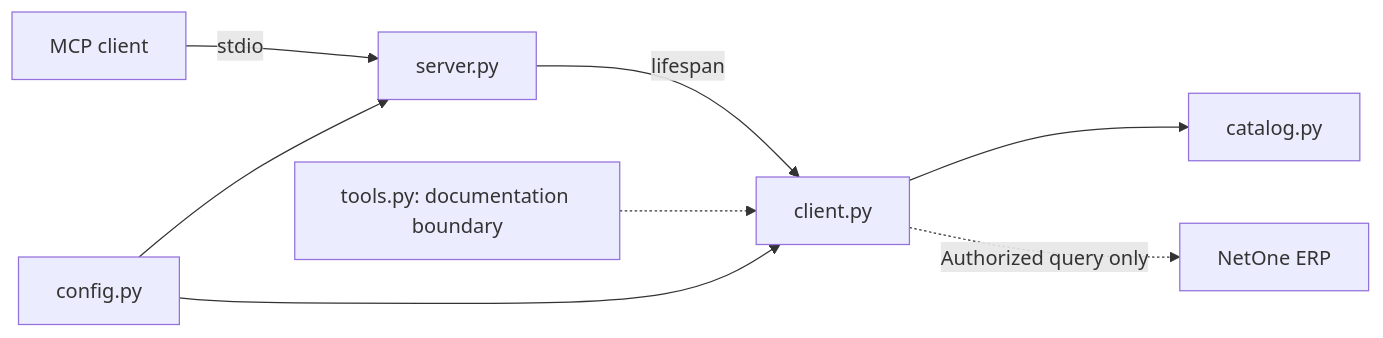
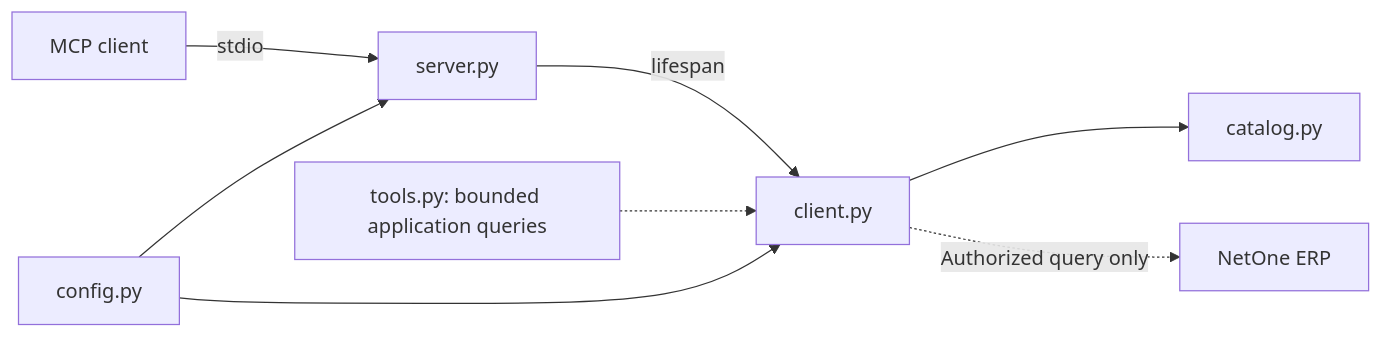
One commit to Felps0156/netone-mcp changed the first of 2 diagrams in PRD.md. Above: the diagram before and after it, drawn with Mermaid. The commit also changed other lines of this file and 18 other files, not shown here.

````diff
--- a/PRD.md
+++ b/PRD.md
@@ -51,10 +61,10 @@
 ```mermaid
 flowchart LR
     M[MCP client] -->|stdio| S[server.py]
     C[config.py] --> S
     C --> H[client.py]
     S -->|lifespan| H
     H --> D[catalog.py]
     H -.->|Authorized query only| E[NetOne ERP]
-    T[tools.py: documentation boundary] -.-> H
+    T[tools.py: bounded application queries] -.-> H
 ```
````
